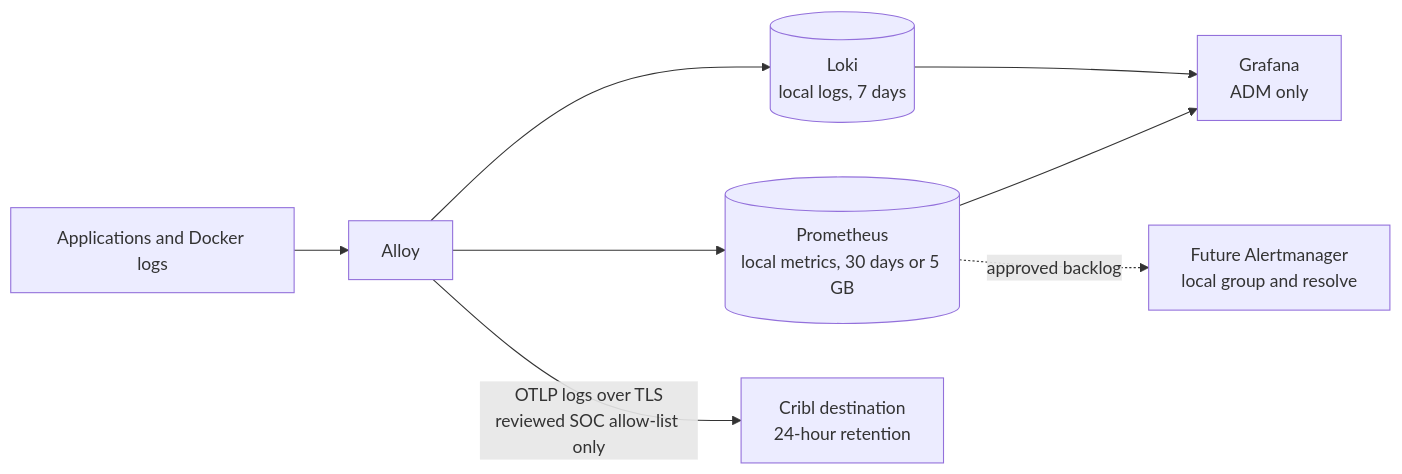
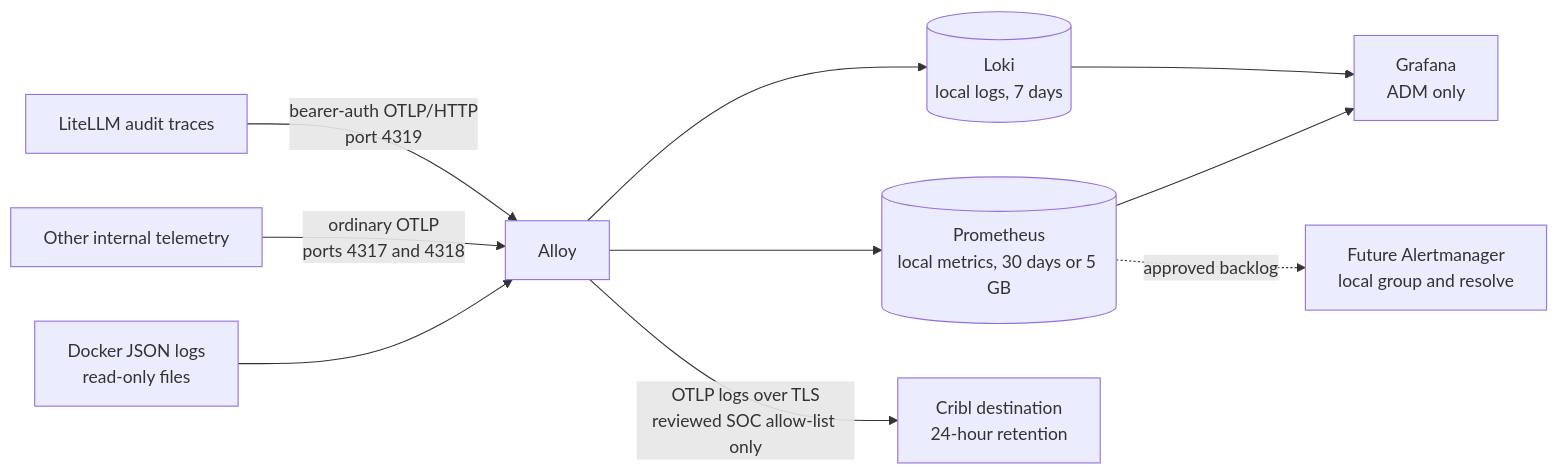
One commit to derhornspieler/ai-gateway changed the diagram in docs/observability-operations.md. Above: the diagram before and after it, drawn with Mermaid. The commit also changed other lines of this file and 8 other files, not shown here.

````diff
--- a/docs/observability-operations.md
+++ b/docs/observability-operations.md
@@ -20,10 +20,12 @@
 ```mermaid
 flowchart LR
-  APP[Applications and Docker logs] --> AL[Alloy]
+  LLM[LiteLLM audit traces] -->|bearer-auth OTLP/HTTP<br/>port 4319| AL[Alloy]
+  APP[Other internal telemetry] -->|ordinary OTLP<br/>ports 4317 and 4318| AL
+  LOG[Docker JSON logs<br/>read-only files] --> AL
   AL --> LK[(Loki<br/>local logs, 7 days)]
   AL --> PR[(Prometheus<br/>local metrics, 30 days or 5 GB)]
   PR -.approved backlog.-> AM[Future Alertmanager<br/>local group and resolve]
   LK --> GF[Grafana<br/>ADM only]
   PR --> GF
   AL -->|OTLP logs over TLS<br/>reviewed SOC allow-list only| CR[Cribl destination<br/>24-hour retention]
 ```
````
